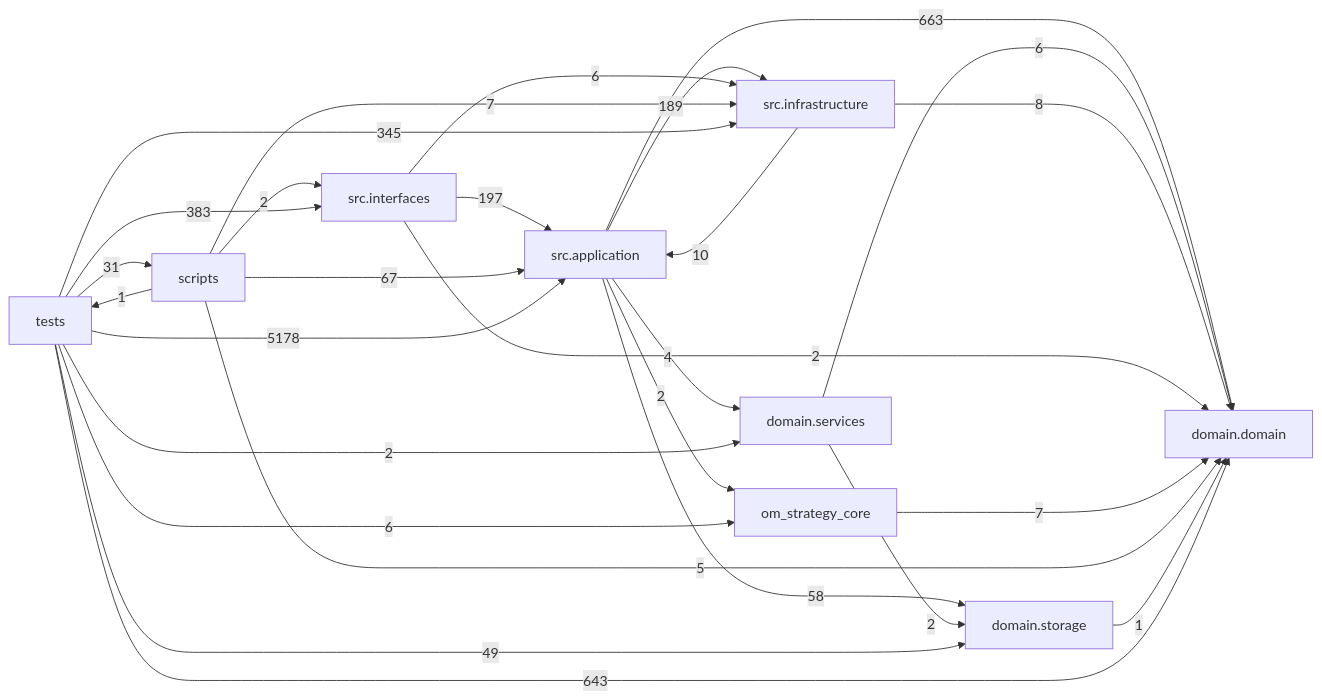
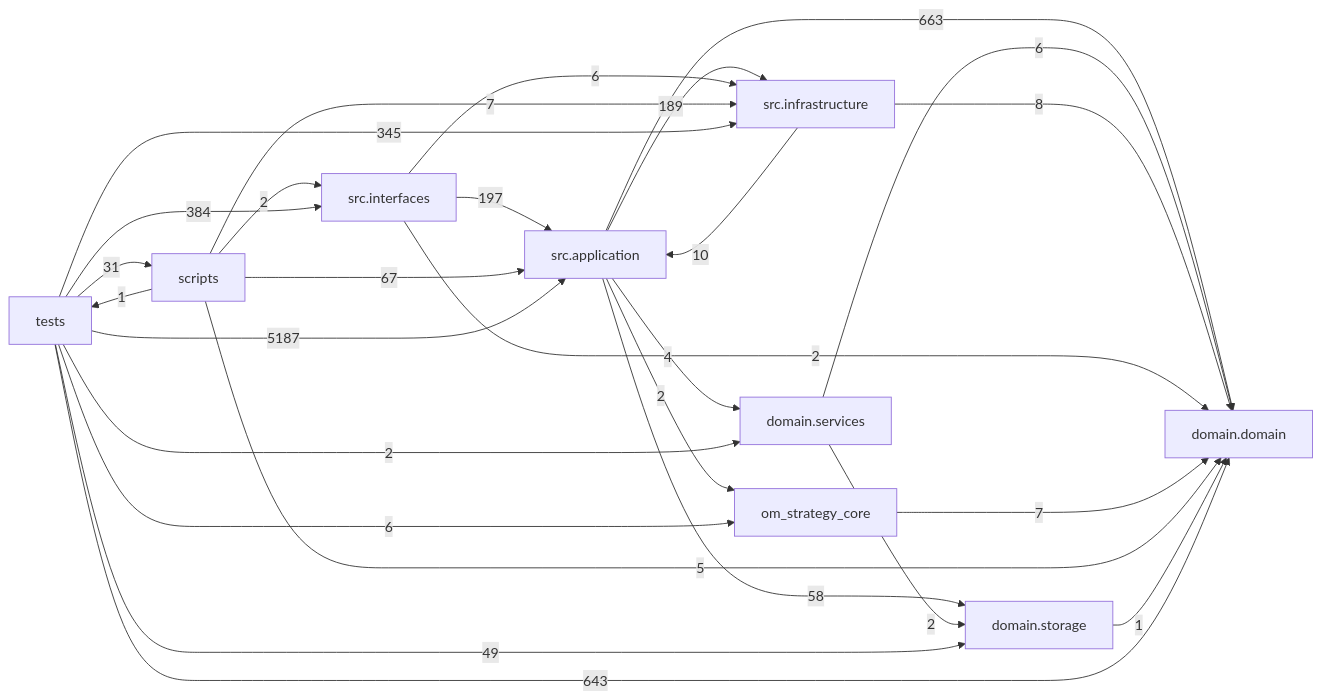
One commit to liuxie066/options-monitor changed the diagram in docs/DEPENDENCY_GRAPH.md. Above: the diagram before and after it, drawn with Mermaid. The commit also changed other lines of this file and 3 other files, not shown here.

````diff
--- a/docs/DEPENDENCY_GRAPH.md
+++ b/docs/DEPENDENCY_GRAPH.md
@@ -24,38 +24,38 @@
 ```mermaid
 flowchart LR
   tests["tests"]
   scripts["scripts"]
   interfaces["src.interfaces"]
   application["src.application"]
   infrastructure["src.infrastructure"]
   domain_services["domain.services"]
   domain["domain.domain"]
   storage["domain.storage"]
   application -->|663| domain
   application -->|4| domain_services
   application -->|189| infrastructure
   application -->|2| om_strategy_core
   application -->|58| storage
   domain_services -->|6| domain
   domain_services -->|2| storage
   infrastructure -->|10| application
   infrastructure -->|8| domain
   interfaces -->|197| application
   interfaces -->|2| domain
   interfaces -->|6| infrastructure
   om_strategy_core -->|7| domain
   scripts -->|67| application
   scripts -->|5| domain
   scripts -->|7| infrastructure
   scripts -->|2| interfaces
   scripts -->|1| tests
   storage -->|1| domain
-  tests -->|5178| application
+  tests -->|5187| application
   tests -->|643| domain
   tests -->|2| domain_services
   tests -->|345| infrastructure
-  tests -->|383| interfaces
+  tests -->|384| interfaces
   tests -->|6| om_strategy_core
   tests -->|31| scripts
   tests -->|49| storage
 ```
````
